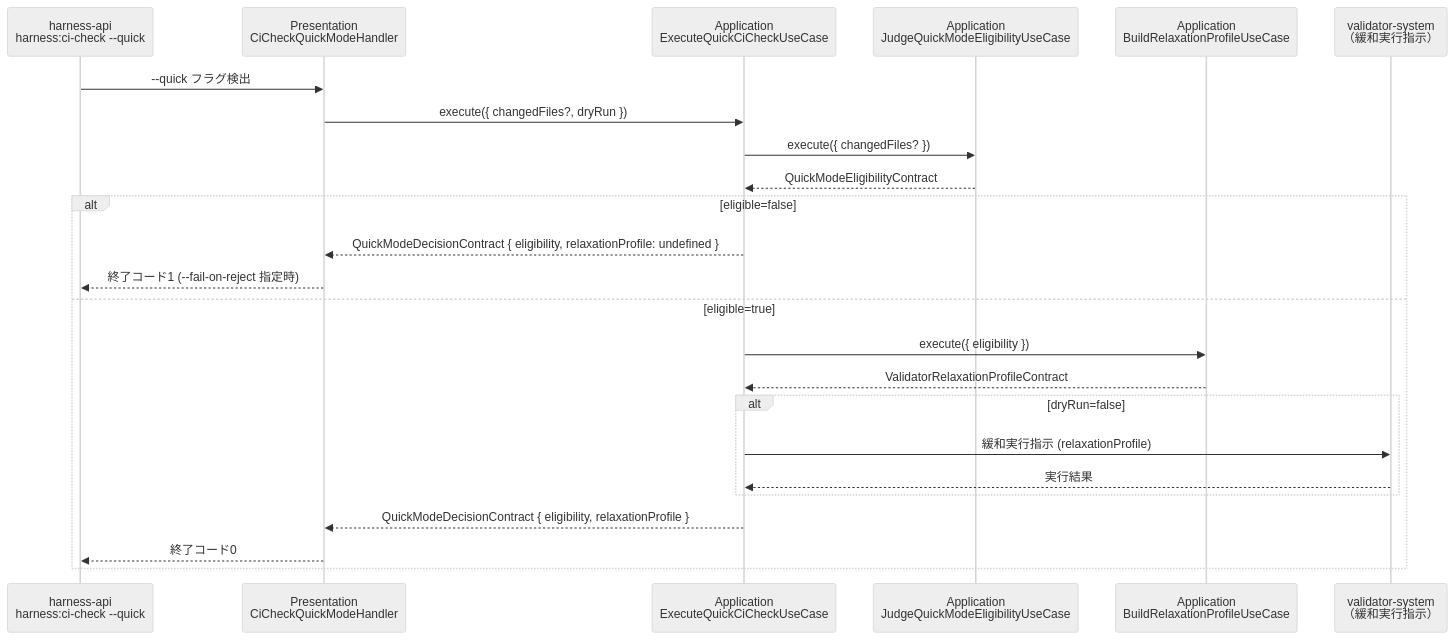
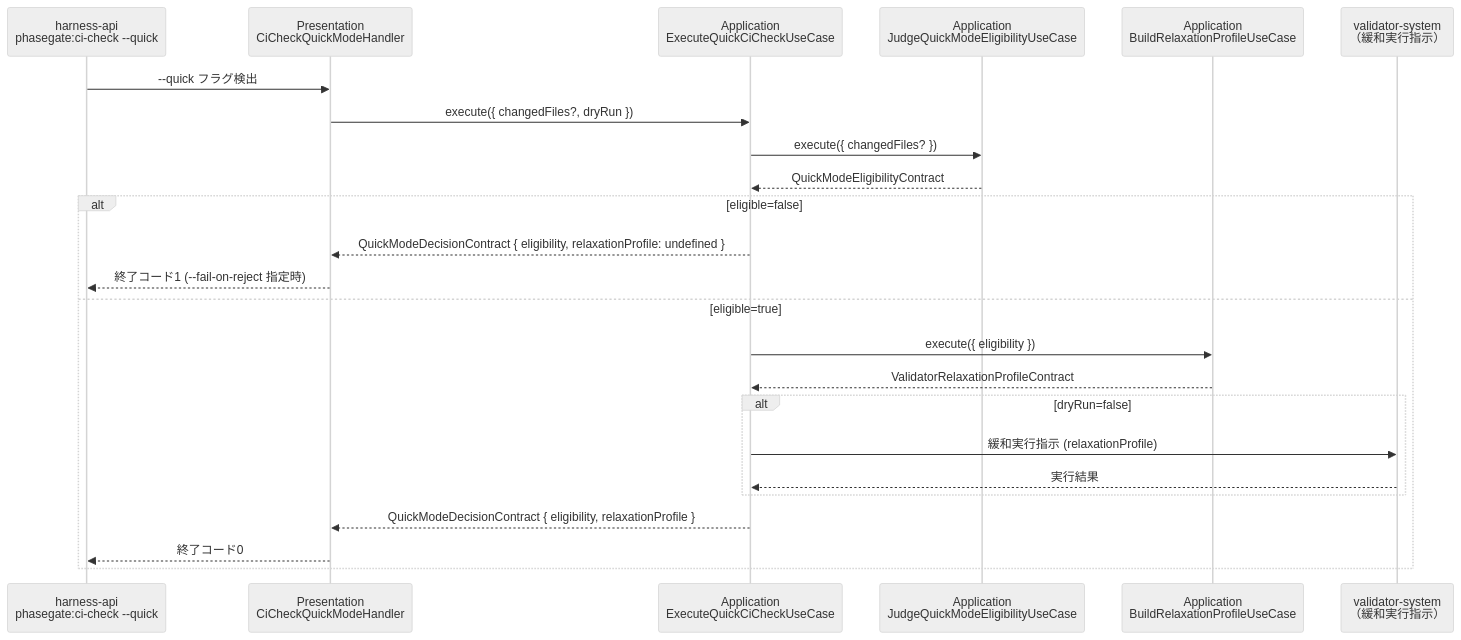
One commit to junpei-9898/phasegate changed the fourth of 4 diagrams in docs/product/construction/quick-mode/logical_design.md. Above: the diagram before and after it, drawn with Mermaid (neutral theme). The commit also changed other lines of this file and 181 other files, not shown here.

First line of the commit message:
feat: v0.16.0 — CLI コマンド名を harness から phasegate にリネーム

````diff
--- a/docs/product/construction/quick-mode/logical_design.md
+++ b/docs/product/construction/quick-mode/logical_design.md
@@ -872,28 +872,28 @@
 ```mermaid
 sequenceDiagram
-    participant HarnessApi as harness-api<br/>harness:ci-check --quick
+    participant HarnessApi as harness-api<br/>phasegate:ci-check --quick
     participant CLI as Presentation<br/>CiCheckQuickModeHandler
     participant UC3 as Application<br/>ExecuteQuickCiCheckUseCase
     participant UC1 as Application<br/>JudgeQuickModeEligibilityUseCase
     participant UC2 as Application<br/>BuildRelaxationProfileUseCase
     participant VS as validator-system<br/>（緩和実行指示）
 
     HarnessApi->>CLI: --quick フラグ検出
     CLI->>UC3: execute({ changedFiles?, dryRun })
     UC3->>UC1: execute({ changedFiles? })
     UC1-->>UC3: QuickModeEligibilityContract
 
     alt eligible=false
         UC3-->>CLI: QuickModeDecisionContract { eligibility, relaxationProfile: undefined }
         CLI-->>HarnessApi: 終了コード1 (--fail-on-reject 指定時)
     else eligible=true
         UC3->>UC2: execute({ eligibility })
         UC2-->>UC3: ValidatorRelaxationProfileContract
         alt dryRun=false
             UC3->>VS: 緩和実行指示 (relaxationProfile)
             VS-->>UC3: 実行結果
         end
         UC3-->>CLI: QuickModeDecisionContract { eligibility, relaxationProfile }
         CLI-->>HarnessApi: 終了コード0
     end
 ```
````
